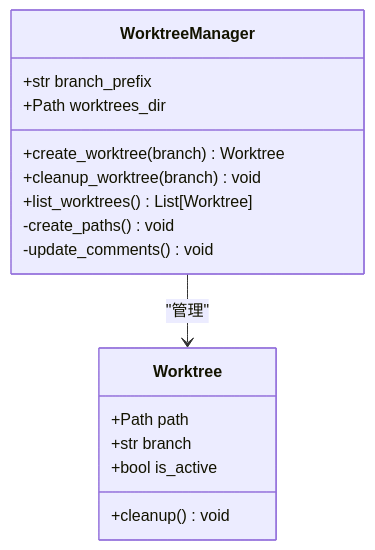
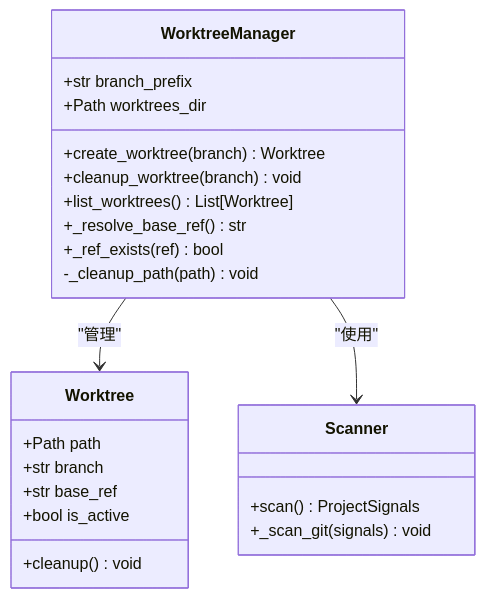
The fifth of 8 diagrams in .qoder/repowiki/zh/content/技术实现参考/代码替换策略/PR创建和工作树管理.md (pinsonchen/vivify), drawn with Mermaid before and after one commit. The commit also changed other lines of this file and 9 other files, not shown here.

````diff
--- a/.qoder/repowiki/zh/content/技术实现参考/代码替换策略/PR创建和工作树管理.md
+++ b/.qoder/repowiki/zh/content/技术实现参考/代码替换策略/PR创建和工作树管理.md
@@ -253,19 +287,26 @@
 ```mermaid
 classDiagram
 class WorktreeManager {
 +str branch_prefix
 +Path worktrees_dir
 +create_worktree(branch) Worktree
 +cleanup_worktree(branch) void
 +list_worktrees() List[Worktree]
--create_paths() void
--update_comments() void
++_resolve_base_ref() str
++_ref_exists(ref) bool
+-_cleanup_path(path) void
 }
 class Worktree {
 +Path path
 +str branch
++str base_ref
 +bool is_active
 +cleanup() void
 }
+class Scanner {
++scan() ProjectSignals
++_scan_git(signals) void
+}
 WorktreeManager --> Worktree : "管理"
+WorktreeManager --> Scanner : "使用"
 ```
````
